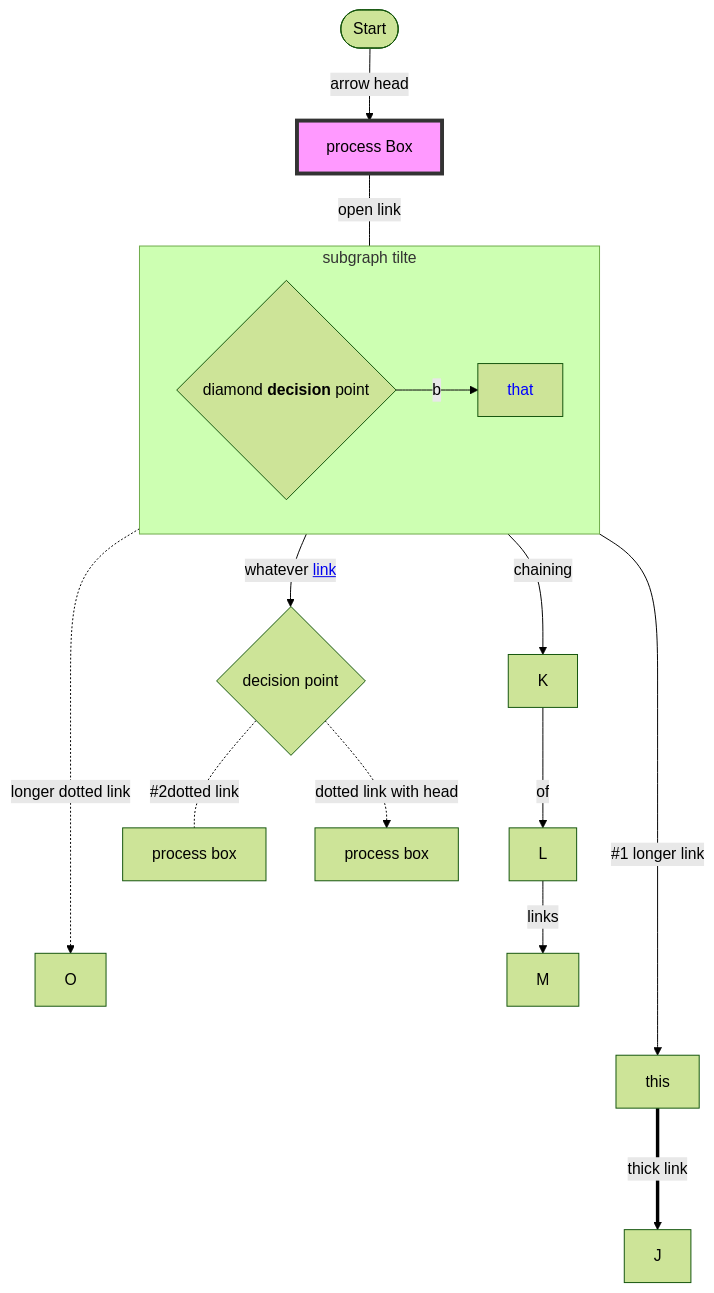
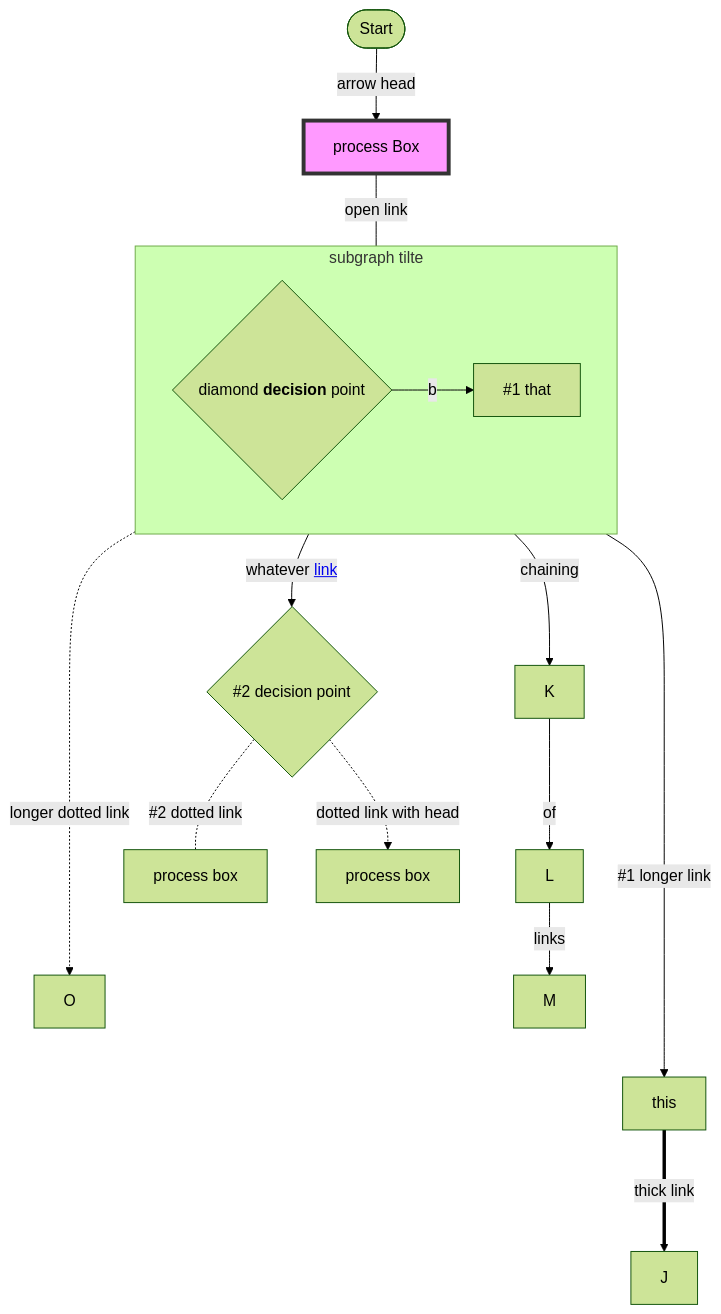
Before and after one commit to sdzialowski-godaddy/mermaid: the fourth of 4 diagrams in README-template.md, drawn with Mermaid. The commit also changed 1 other file, not shown here.

Commit message:
marmaid auto update

````diff
--- a/README-template.md
+++ b/README-template.md
@@ -46,23 +46,25 @@
 ```mermaid
 %%{init: { 'logLevel': 'debug', 'theme': 'forest' } }%%
 graph TD
     A([Start]) -->|arrow head| B[process Box]
     B ---|open link| C{diamond <b>decision</b> point}
     C ----->|#1 longer link| D[this]
     C -...->|longer dotted link| O
     subgraph subgraph tilte
         direction LR
-        C -->|b| E[that]:::link
+        C -->|b| E[#1 that]:::link
     end
     C -- chaining --> K -- of --> L -- links --> M
-    C -->|whatever <a href='http://google.com'>link</a>| H{decision point}
-    H -.-|#2dotted link| G[process box]
+    C -->|whatever <a href='http://google.com'>link</a>| H{#2 decision point}
+    H -.-|#2 dotted link| G[process box]
     H -.->|dotted link with head| I[process box]
     D ===>|thick link| J
     %% line comment
+    click C href "https://www.google.com/search?q=flow+chart"
+    click E href "https://www.google.com/search?q=mdn"
     click B href "http://www.nooooooooooooooo.com/"
     style B fill:#f9f,stroke:#333,stroke-width:4px
         %% from: https://mermaid-js.github.io/mermaid/#/flowchart?id=styling-a-node
-    classDef link color:#00f;
+    classDef someclass fill:#f96;
         %% from: https://mermaid-js.github.io/mermaid/#/flowchart?id=css-classes
 ```
````
